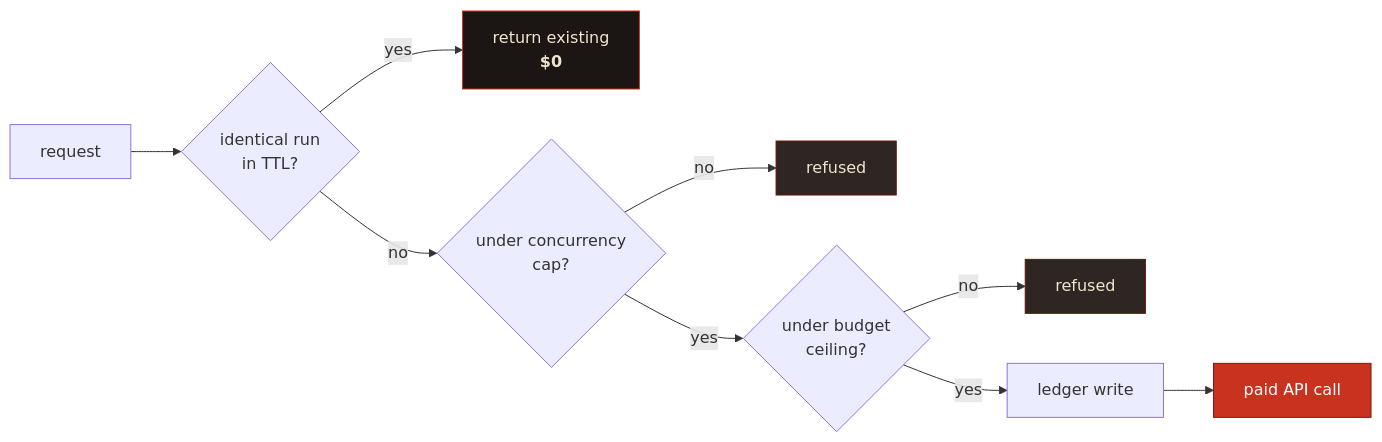
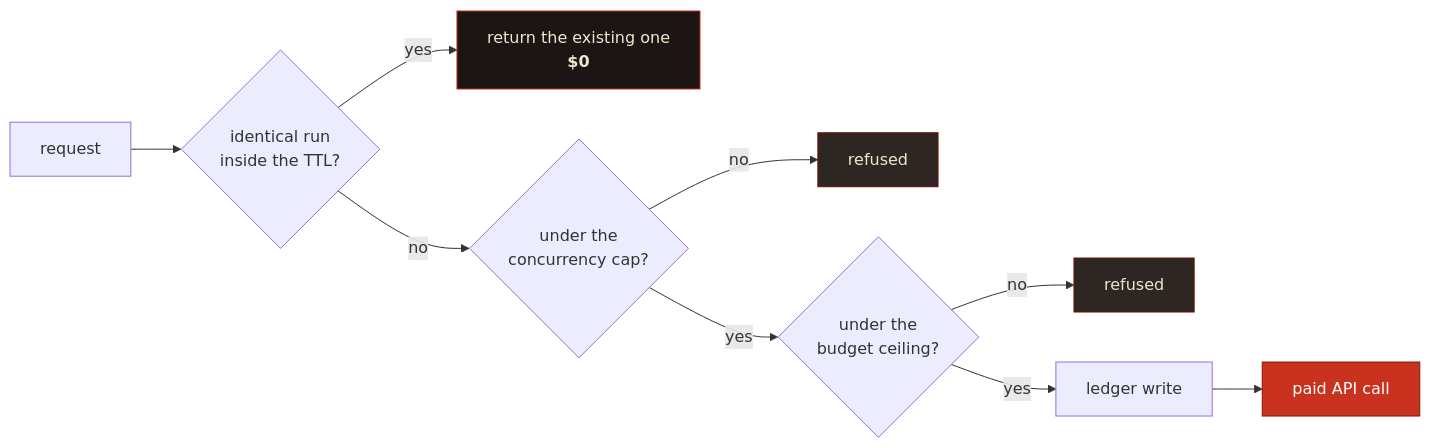
The second of 2 diagrams in README.md (fledgeling-co/dossier-research-mcp), drawn with Mermaid before and after one commit. The commit also changed other lines of this file and 6 other files, not shown here.

````diff
--- a/README.md
+++ b/README.md
@@ -252,15 +263,15 @@
 ```mermaid
 flowchart LR
-    R["request"] --> D{"identical run<br/>in TTL?"}
-    D -->|yes| X["return existing<br/><b>$0</b>"]
-    D -->|no| C{"under concurrency<br/>cap?"}
+    R["request"] --> D{"identical run<br/>inside the TTL?"}
+    D -->|yes| X["return the existing one<br/><b>$0</b>"]
+    D -->|no| C{"under the<br/>concurrency cap?"}
     C -->|no| E1["refused"]
-    C -->|yes| B{"under budget<br/>ceiling?"}
+    C -->|yes| B{"under the<br/>budget ceiling?"}
     B -->|no| E2["refused"]
     B -->|yes| L["ledger write"] --> P["paid API call"]
 
     style X fill:#1B1513,stroke:#C8321F,color:#F0E6CE
     style P fill:#C8321F,stroke:#7C1A0B,color:#ffffff
     style E1 fill:#2E2622,stroke:#6E1206,color:#F0E6CE
     style E2 fill:#2E2622,stroke:#6E1206,color:#F0E6CE
 ```
````
